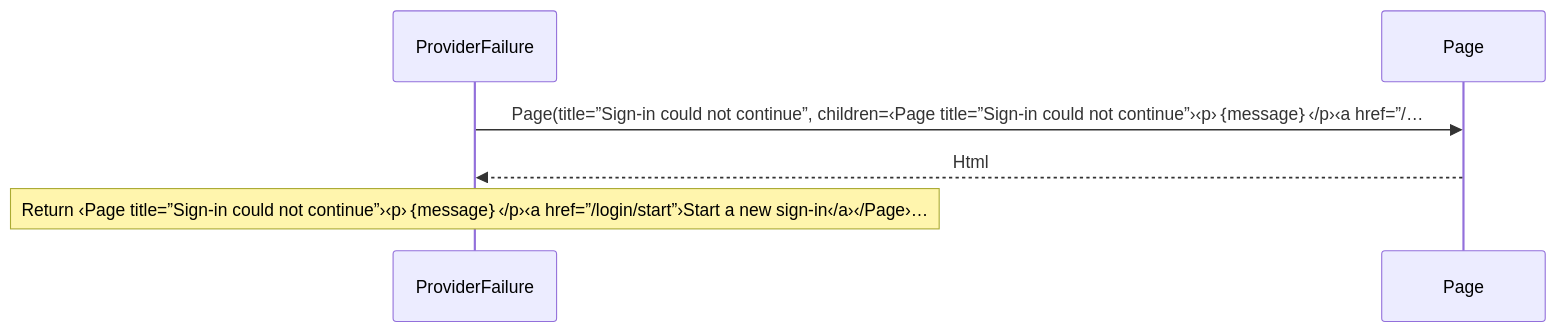
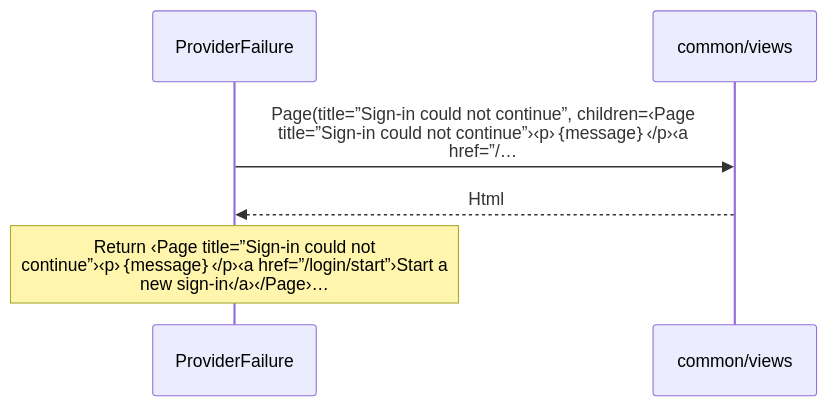
The third of 3 diagrams in docs/examples/oidc-login/provider/views-diagrams.md (GreenPandaStudios/augscript), drawn with Mermaid before and after one commit. The commit also changed other lines of this file and 200 other files, not shown here.

Commit message:
Group imported operations and wrap readable sequence messages

````diff
--- a/docs/examples/oidc-login/provider/views-diagrams.md
+++ b/docs/examples/oidc-login/provider/views-diagrams.md
@@ -56,8 +56,8 @@
 ```mermaid
 sequenceDiagram
     participant p0 as ProviderFailure
-    participant p1 as Page
-    p0->>p1: Page(title=”Sign-in could not continue”, children=‹Page title=”Sign-in could not continue”›‹p›｛message｝‹/p›‹a href=”/…
+    participant p1 as common/views
+    p0->>p1: Page(title=”Sign-in could not continue”, children=‹Page<br/>title=”Sign-in could not continue”›‹p›｛message｝‹/p›‹a<br/>href=”/…
     p1-->>p0: Html
-    Note over p0: Return ‹Page title=”Sign-in could not continue”›‹p›｛message｝‹/p›‹a href=”/login/start”›Start a new sign-in‹/a›‹/Page›…
+    Note over p0: Return ‹Page title=”Sign-in could not<br/>continue”›‹p›｛message｝‹/p›‹a href=”/login/start”›Start a<br/>new sign-in‹/a›‹/Page›…
 ```
````
